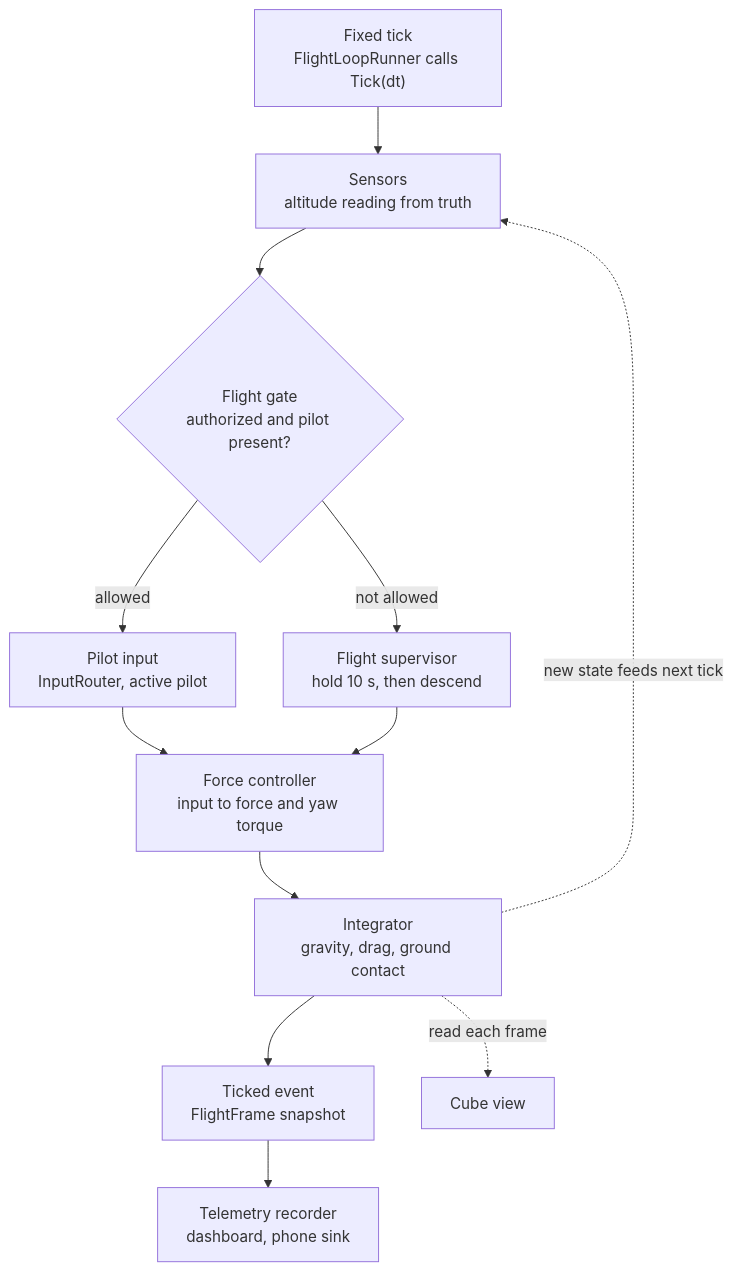
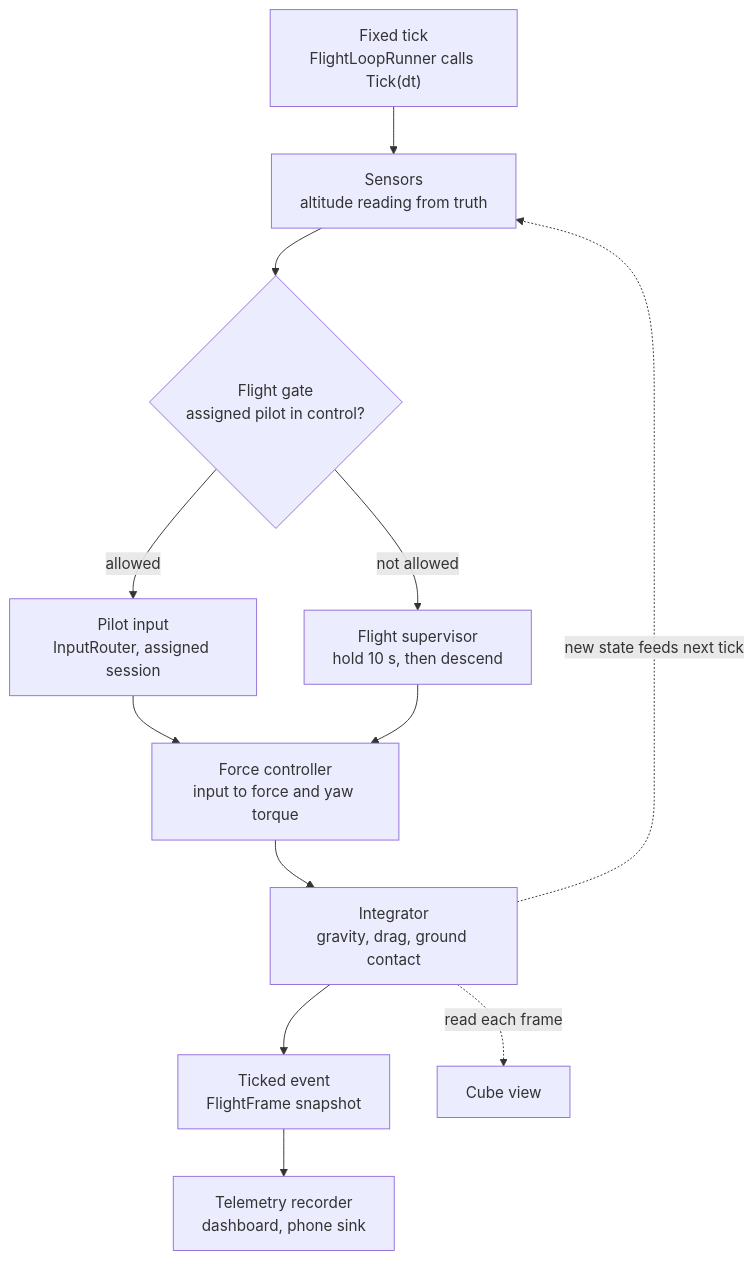
Before and after one commit to AlanKolic/DroneFlightModule: the second of 4 diagrams in Docs/Architecture.md, drawn with Mermaid. The commit also changed other lines of this file, not shown here.

Commit message:
Added pilot registry and flight coordinator to architecture

````diff
--- a/Docs/Architecture.md
+++ b/Docs/Architecture.md
@@ -67,14 +75,14 @@
 ```mermaid
 flowchart TB
     Tick["Fixed tick<br/>FlightLoopRunner calls Tick(dt)"] --> Sense["Sensors<br/>altitude reading from truth"]
-    Sense --> Gate{"Flight gate<br/>authorized and pilot present?"}
-    Gate -- allowed --> Pilot["Pilot input<br/>InputRouter, active pilot"]
+    Sense --> Gate{"Flight gate<br/>assigned pilot in control?"}
+    Gate -- allowed --> Pilot["Pilot input<br/>InputRouter, assigned session"]
     Gate -- not allowed --> Sup["Flight supervisor<br/>hold 10 s, then descend"]
     Pilot --> Ctrl["Force controller<br/>input to force and yaw torque"]
     Sup --> Ctrl
     Ctrl --> Integ["Integrator<br/>gravity, drag, ground contact"]
     Integ --> Ticked["Ticked event<br/>FlightFrame snapshot"]
     Integ -. new state feeds next tick .-> Sense
     Ticked --> Tele["Telemetry recorder<br/>dashboard, phone sink"]
     Integ -. read each frame .-> View["Cube view"]
 ```
````
